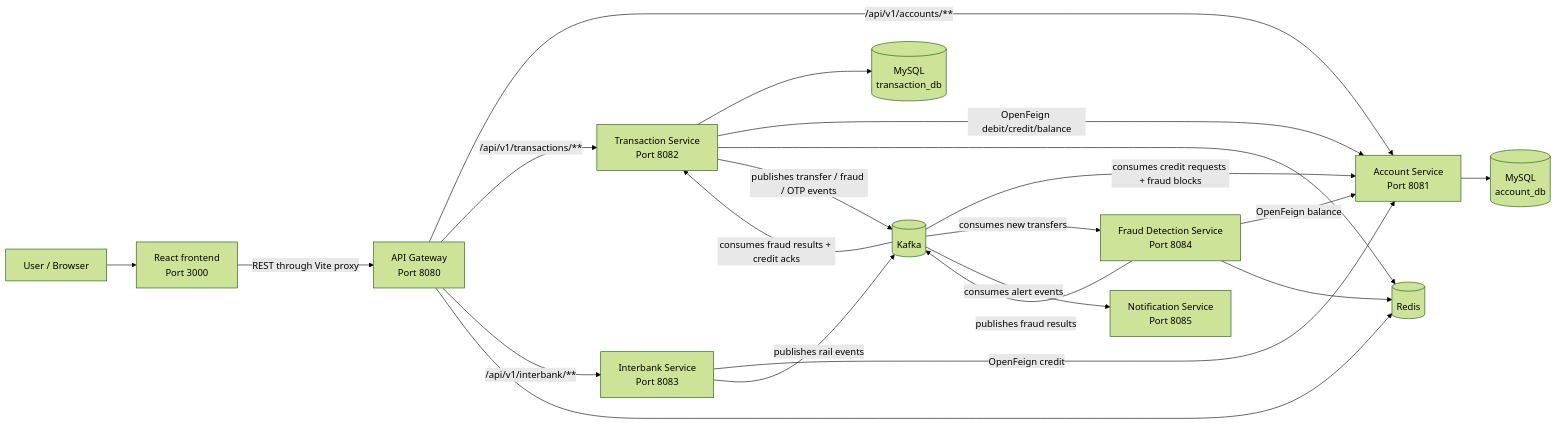
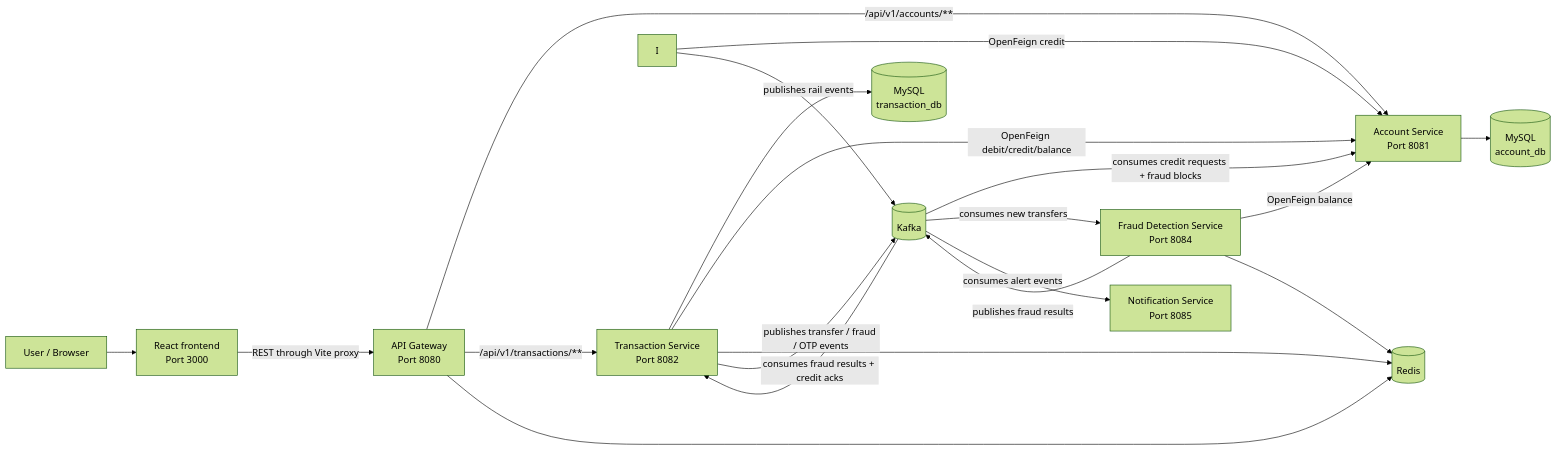
Before and after one commit to Mohit-R-04/DigitalBankingSystem: the first of 7 diagrams in README.md, drawn with Mermaid (forest theme). The commit also changed other lines of this file and 29 other files, not shown here.

````diff
--- a/README.md
+++ b/README.md
@@ -173,28 +174,27 @@
 ```mermaid
 flowchart LR
     U[User / Browser] --> F[React frontend\nPort 3000]
     F -->|REST through Vite proxy| G[API Gateway\nPort 8080]
 
     G -->|/api/v1/accounts/**| A[Account Service\nPort 8081]
     G -->|/api/v1/transactions/**| T[Transaction Service\nPort 8082]
-    G -->|/api/v1/interbank/**| I[Interbank Service\nPort 8083]
 
     A --> AD[(MySQL\naccount_db)]
     T --> TD[(MySQL\ntransaction_db)]
 
     T -->|OpenFeign debit/credit/balance| A
     I -->|OpenFeign credit| A
     FR[Fraud Detection Service\nPort 8084] -->|OpenFeign balance| A
 
     G --> R[(Redis)]
     T --> R
     FR --> R
 
     T -->|publishes transfer / fraud / OTP events| K[(Kafka)]
     FR -->|publishes fraud results| K
     I -->|publishes rail events| K
     K -->|consumes credit requests + fraud blocks| A
     K -->|consumes fraud results + credit acks| T
     K -->|consumes new transfers| FR
     K -->|consumes alert events| N[Notification Service\nPort 8085]
 ```
````
